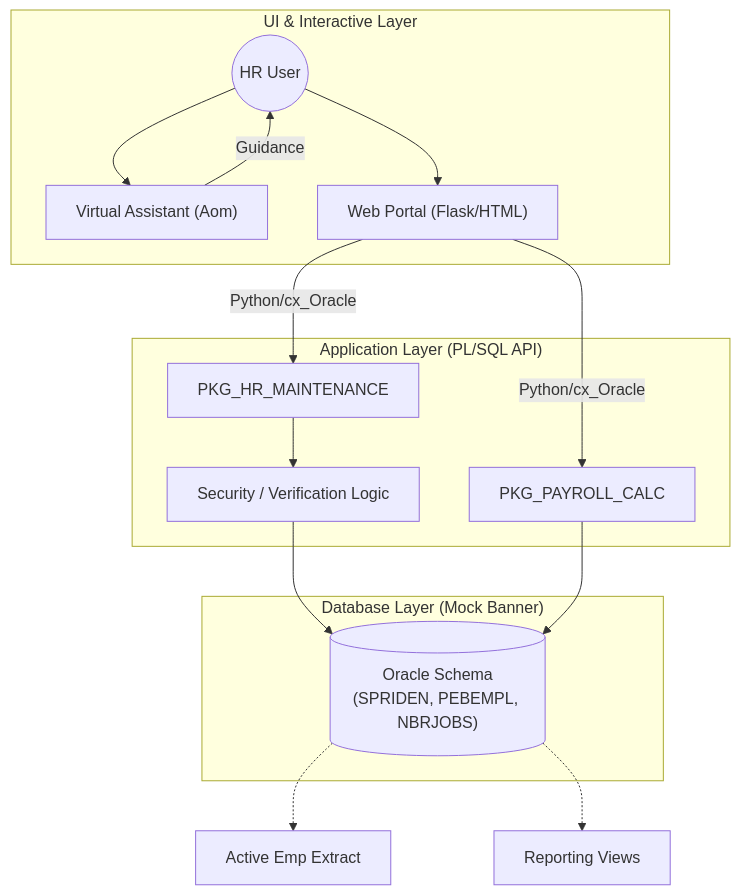
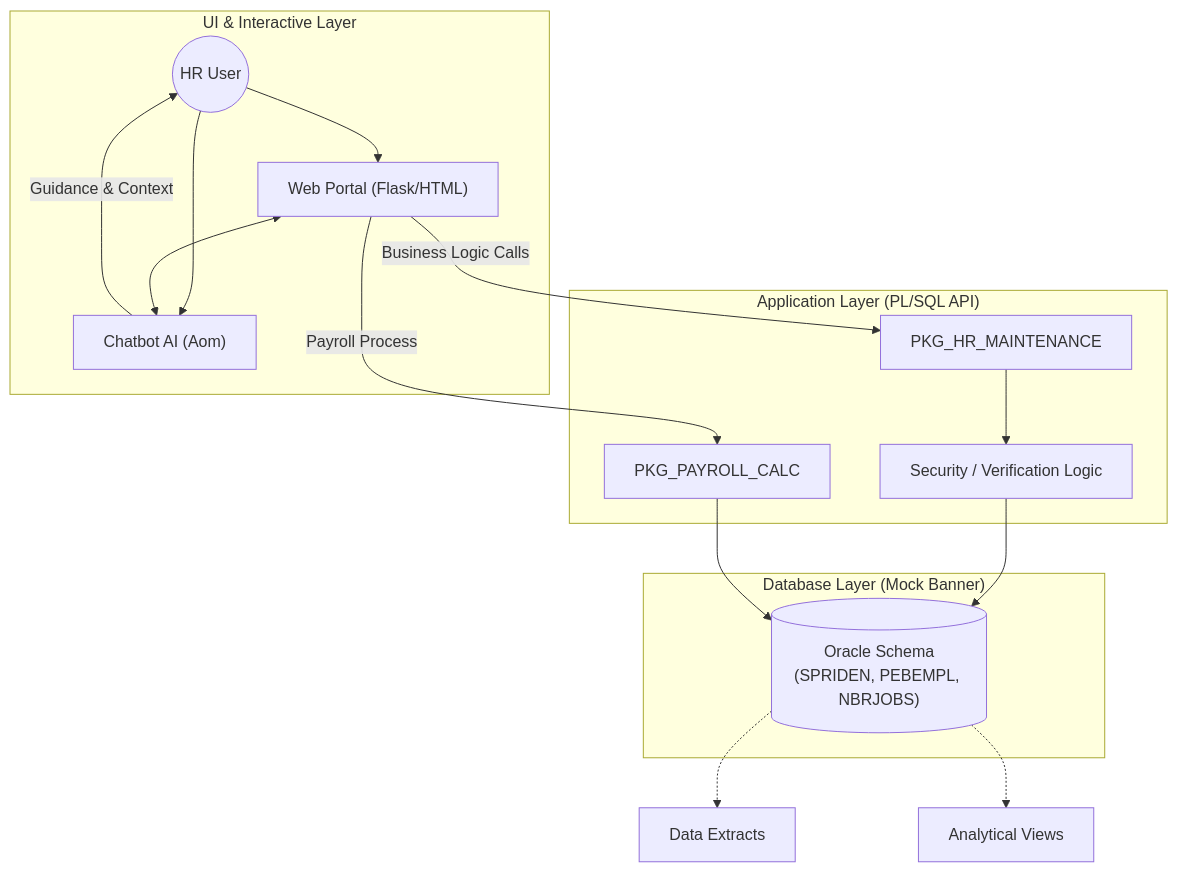
Before and after one commit to RBChavez/university-hr-payroll-demo: the diagram in README.md, drawn with Mermaid.

Commit message:
Update README architecture diagram labels for Chatbot AI visibility

````diff
--- a/README.md
+++ b/README.md
@@ -8,30 +8,31 @@
 ```mermaid
 graph TD
     subgraph "UI & Interactive Layer"
         User((HR User))
-        Bot["Virtual Assistant (Aom)"]
+        Bot["Chatbot AI (Aom)"]
         Web["Web Portal (Flask/HTML)"]
     end
 
     subgraph "Application Layer (PL/SQL API)"
         HR_Pkg["PKG_HR_MAINTENANCE"]
         Payroll_Pkg["PKG_PAYROLL_CALC"]
         Auth["Security / Verification Logic"]
     end
 
     subgraph "Database Layer (Mock Banner)"
         Schema[("Oracle Schema\n(SPRIDEN, PEBEMPL, NBRJOBS)")]
     end
 
     User --> Web
     User --> Bot
-    Bot -- "Guidance" --> User
-    Web -- "Python/cx_Oracle" --> HR_Pkg
-    Web -- "Python/cx_Oracle" --> Payroll_Pkg
+    Web <--> Bot
+    Bot -- "Guidance & Context" --> User
+    Web -- "Business Logic Calls" --> HR_Pkg
+    Web -- "Payroll Process" --> Payroll_Pkg
     HR_Pkg --> Auth
     Auth --> Schema
     Payroll_Pkg --> Schema
     
-    Schema -.-> Extract["Active Emp Extract"]
-    Schema -.-> Views["Reporting Views"]
+    Schema -.-> Extract["Data Extracts"]
+    Schema -.-> Views["Analytical Views"]
 ```
````
